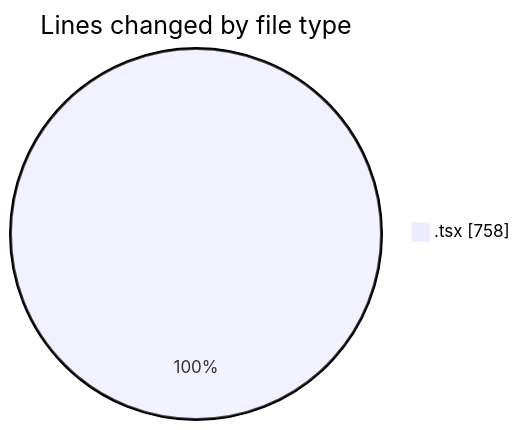
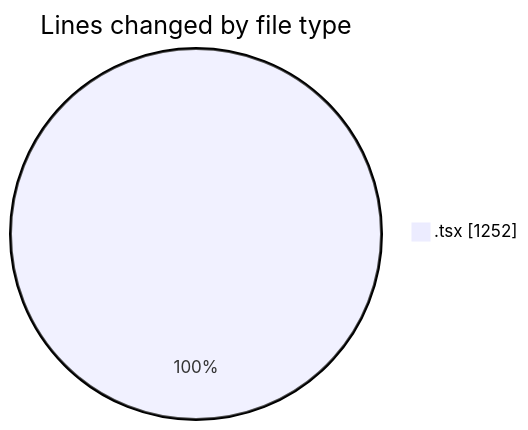
Before and after one commit to nxtqubesakshisongat/code-tracking: the first of 2 diagrams in 2026-07-13/nxtqube_webapp/README.md, drawn with Mermaid. The commit also changed other lines of this file and 1 other file, not shown here.

````diff
--- a/2026-07-13/nxtqube_webapp/README.md
+++ b/2026-07-13/nxtqube_webapp/README.md
@@ -25,5 +27,5 @@
 ```mermaid
 pie showData
 title Lines changed by file type
-".tsx" : 758
+".tsx" : 1252
 ```
````
